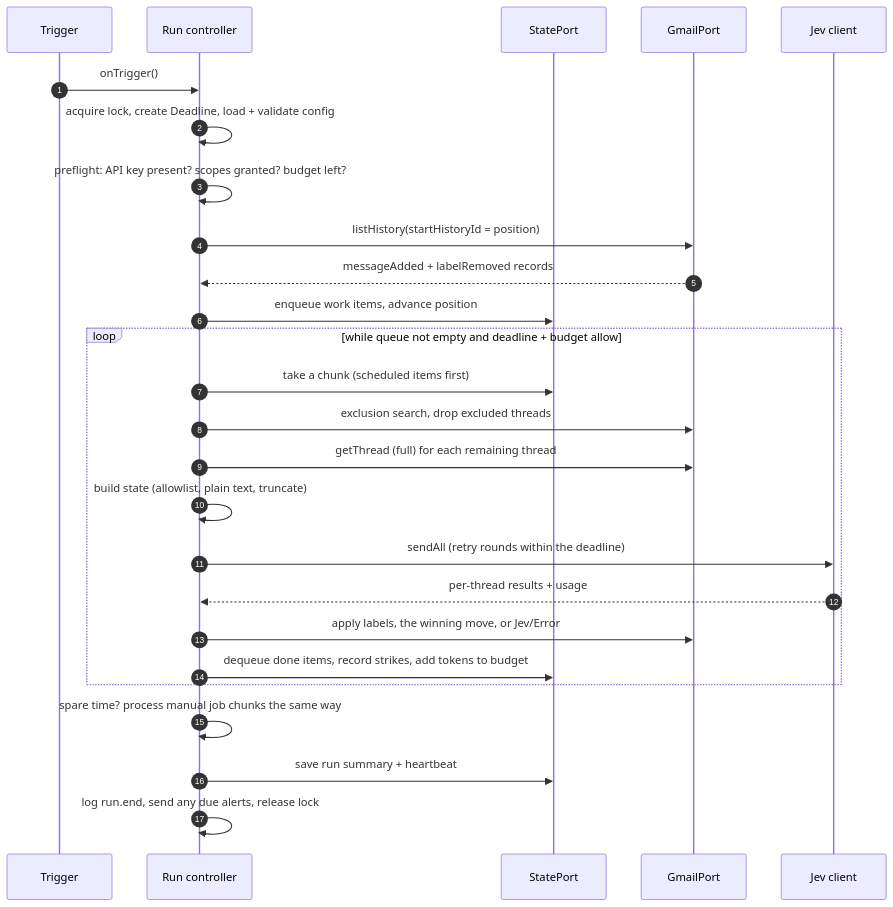
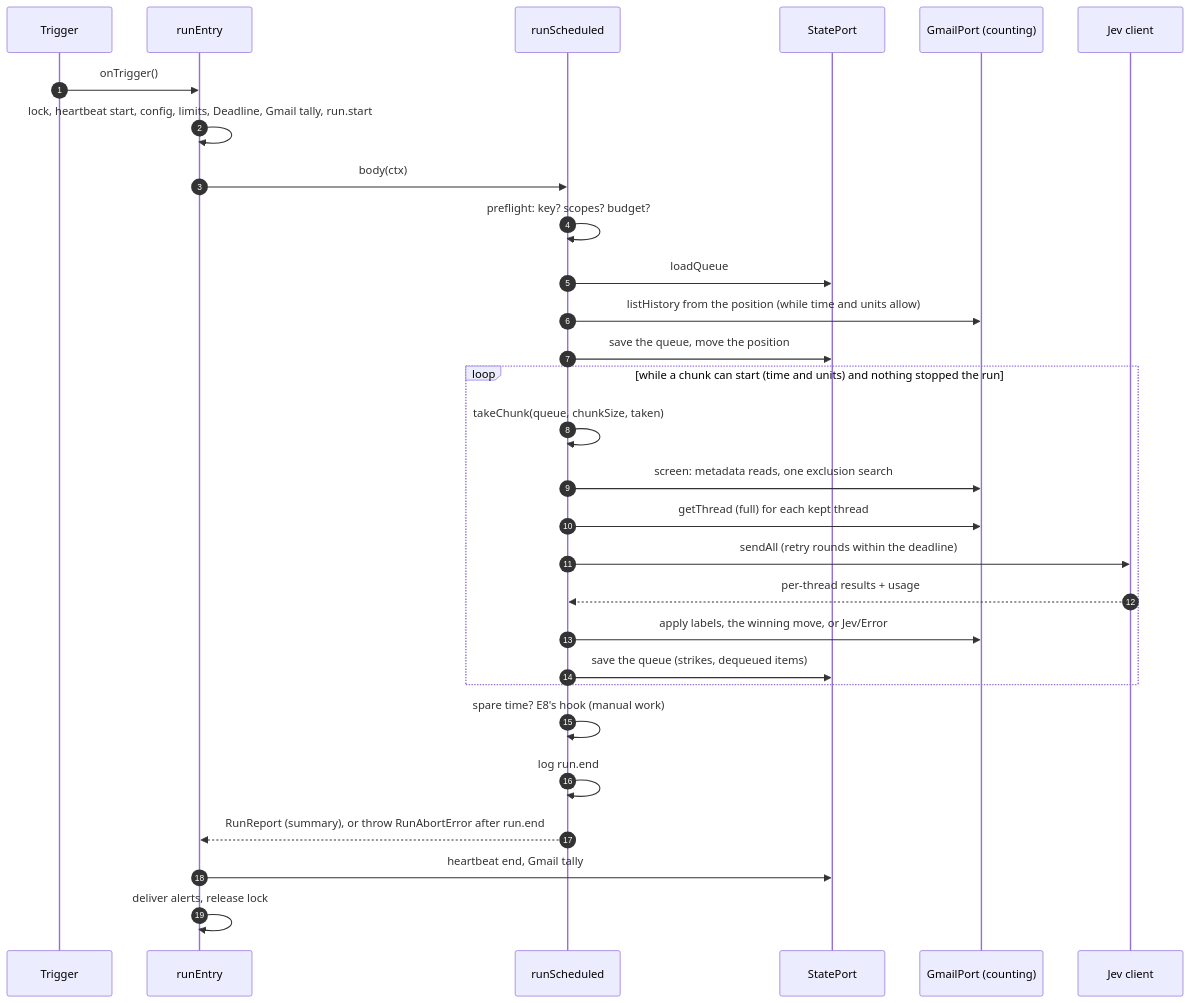
Before and after one commit to kellystuard/jev-gmail-classifier: the third of 5 diagrams in output/solution-design.md, drawn with Mermaid. The commit also changed other lines of this file and 5 other files, not shown here.

First line of the commit message:
feat(run): add the scheduled run controller (#283)

````diff
--- a/output/solution-design.md
+++ b/output/solution-design.md
@@ -257,28 +259,31 @@
 ```mermaid
 sequenceDiagram
   autonumber
   participant T as Trigger
-  participant R as Run controller
+  participant E as runEntry
+  participant R as runScheduled
   participant S as StatePort
-  participant G as GmailPort
+  participant G as GmailPort (counting)
   participant J as Jev client
-  T->>R: onTrigger()
-  R->>R: acquire lock, create Deadline, load + validate config
-  R->>R: preflight: API key present? scopes granted? budget left?
-  R->>G: listHistory(startHistoryId = position)
-  G-->>R: messageAdded + labelRemoved records
-  R->>S: enqueue work items, advance position
-  loop while queue not empty and deadline + budget allow
-    R->>S: take a chunk (scheduled items first)
-    R->>G: exclusion search, drop excluded threads
-    R->>G: getThread (full) for each remaining thread
-    R->>R: build state (allowlist, plain text, truncate)
+  T->>E: onTrigger()
+  E->>E: lock, heartbeat start, config, limits, Deadline, Gmail tally, run.start
+  E->>R: body(ctx)
+  R->>R: preflight: key? scopes? budget?
+  R->>S: loadQueue
+  R->>G: listHistory from the position (while time and units allow)
+  R->>S: save the queue, move the position
+  loop while a chunk can start (time and units) and nothing stopped the run
+    R->>R: takeChunk(queue, chunkSize, taken)
+    R->>G: screen: metadata reads, one exclusion search
+    R->>G: getThread (full) for each kept thread
     R->>J: sendAll (retry rounds within the deadline)
     J-->>R: per-thread results + usage
     R->>G: apply labels, the winning move, or Jev/Error
-    R->>S: dequeue done items, record strikes, add tokens to budget
+    R->>S: save the queue (strikes, dequeued items)
   end
-  R->>R: spare time? process manual job chunks the same way
-  R->>S: save run summary + heartbeat
-  R->>R: log run.end, send any due alerts, release lock
+  R->>R: spare time? E8's hook (manual work)
+  R->>R: log run.end
+  R-->>E: RunReport (summary), or throw RunAbortError after run.end
+  E->>S: heartbeat end, Gmail tally
+  E->>E: deliver alerts, release lock
 ```
````
